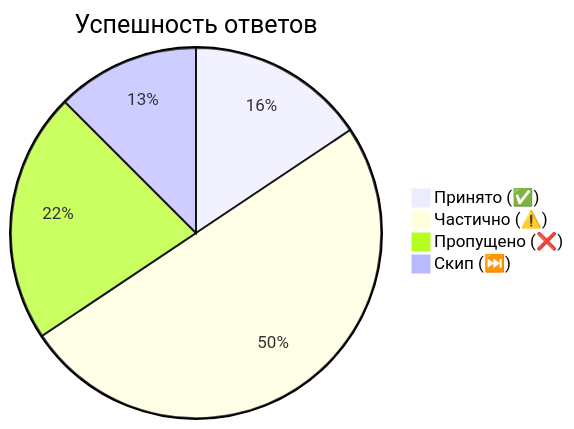
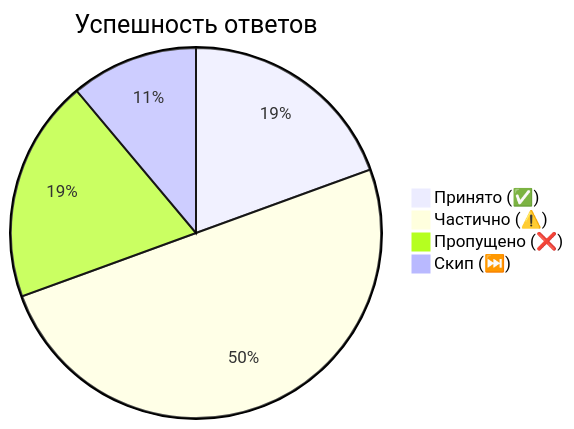
Before and after one commit to loymeding/ml-interview-vault: the diagram in Classic Machine Learning/📊 Аналитика/📈 Дашборд.md, drawn with Mermaid. The commit also changed other lines of this file and 53 other files, not shown here.

````diff
--- a/Classic Machine Learning/📊 Аналитика/📈 Дашборд.md
+++ b/Classic Machine Learning/📊 Аналитика/📈 Дашборд.md
@@ -17,7 +17,7 @@
 ```mermaid
 pie title Успешность ответов
-    "Принято (✅)" : 5
-    "Частично (⚠️)" : 16
+    "Принято (✅)" : 7
+    "Частично (⚠️)" : 18
     "Пропущено (❌)" : 7
     "Скип (⏭️)" : 4
 ```
````
